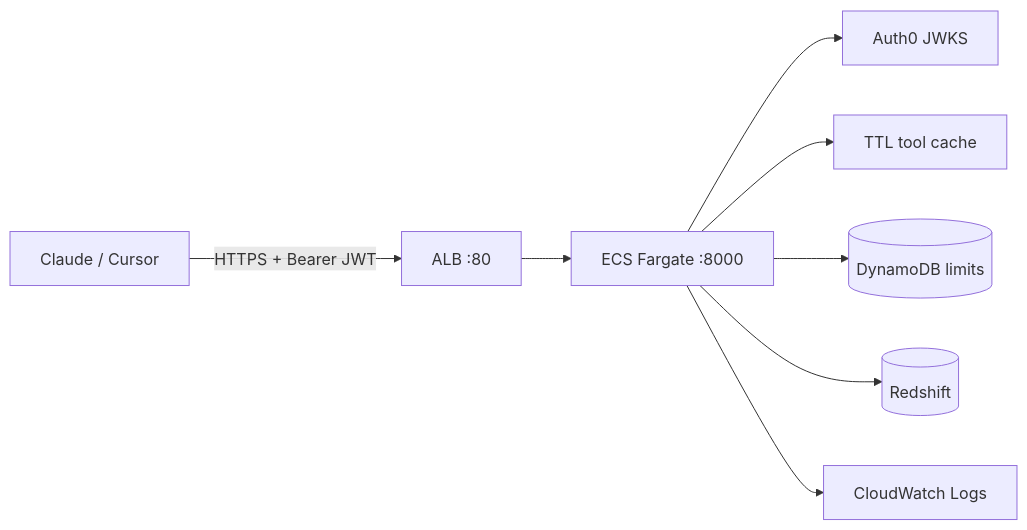
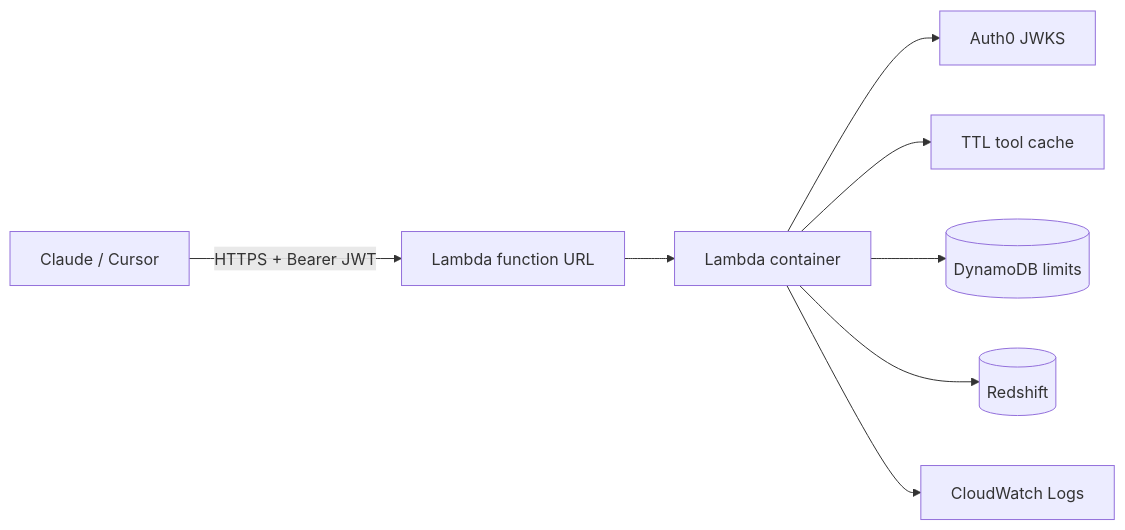
Before and after one commit to varunvilva-kickdrum/redshift-mcp: the diagram in README.md, drawn with Mermaid. The commit also changed other lines of this file and 12 other files, not shown here.

Commit message:
Shifting to lambda from ecs

````diff
--- a/README.md
+++ b/README.md
@@ -147,10 +155,10 @@
 ```mermaid
 flowchart LR
-  Client[Claude / Cursor] -->|HTTPS + Bearer JWT| ALB[ALB :80]
-  ALB --> Fargate[ECS Fargate :8000]
-  Fargate --> Auth0[Auth0 JWKS]
-  Fargate --> Cache[TTL tool cache]
-  Fargate --> DDB[(DynamoDB limits)]
-  Fargate --> RS[(Redshift)]
-  Fargate --> CW[CloudWatch Logs]
+  Client[Claude / Cursor] -->|HTTPS + Bearer JWT| URL[Lambda function URL]
+  URL --> Lambda[Lambda container]
+  Lambda --> Auth0[Auth0 JWKS]
+  Lambda --> Cache[TTL tool cache]
+  Lambda --> DDB[(DynamoDB limits)]
+  Lambda --> RS[(Redshift)]
+  Lambda --> CW[CloudWatch Logs]
 ```
````
